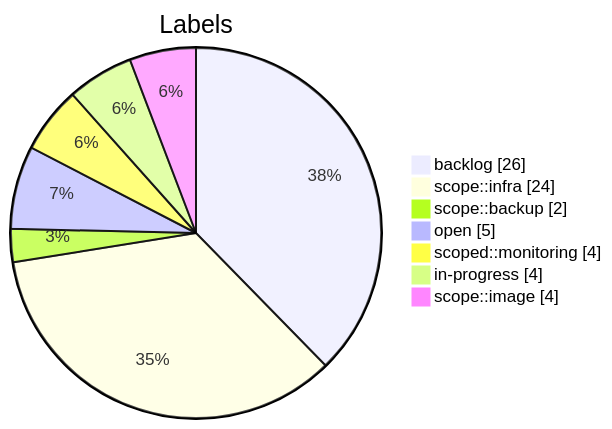
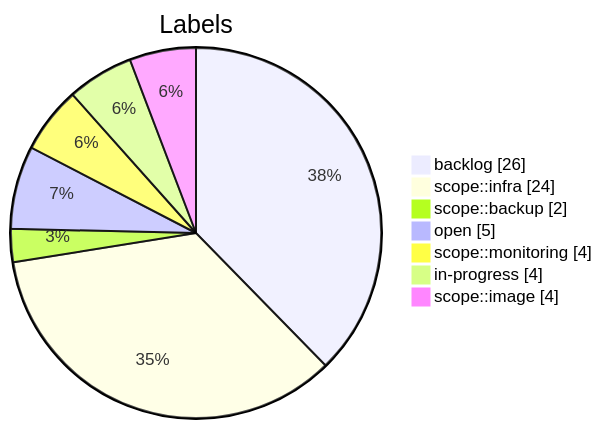
One commit to Gooseppr/GevOps_LC changed the eighth of 8 diagrams in modules/M41_projet-board-J01.md. Above: the diagram before and after it, drawn with Mermaid. The commit also changed other lines of this file and 1 other file, not shown here.

````diff
--- a/modules/M41_projet-board-J01.md
+++ b/modules/M41_projet-board-J01.md
@@ -148,11 +162,11 @@
 ```mermaid
 pie showData
     title Labels
     "backlog" : 26
     "scope::infra" : 24
     "scope::backup" : 2
     "open" : 5
-    "scoped::monitoring" : 4
+    "scope::monitoring" : 4
     "in-progress" : 4
     "scope::image" : 4
 ```
````
